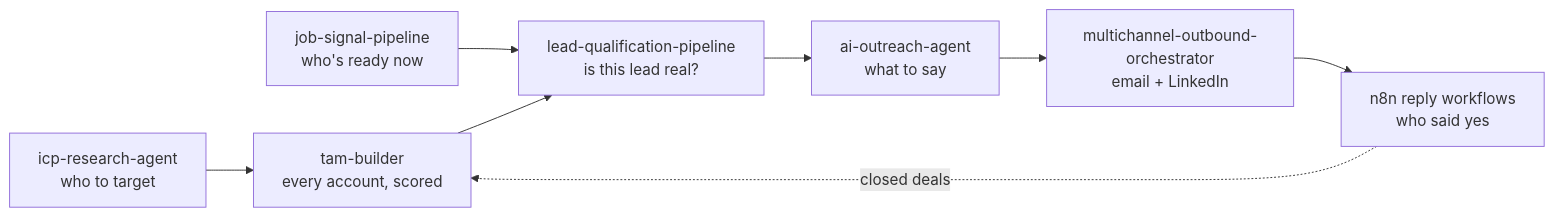
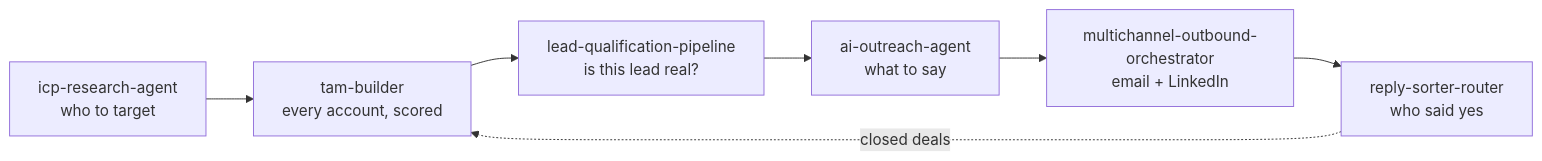
One commit to zinkwonri-kayinu/zinkwonri-kayinu changed the diagram in README.md. Above: the diagram before and after it, drawn with Mermaid. The commit also changed other lines of this file, not shown here.

Commit message:
Update systems table and pipeline diagram

````diff
--- a/README.md
+++ b/README.md
@@ -31,10 +31,9 @@
 ```mermaid
 flowchart LR
     A[icp-research-agent<br/>who to target] --> B[tam-builder<br/>every account, scored]
-    S[job-signal-pipeline<br/>who's ready now] --> C
     B --> C[lead-qualification-pipeline<br/>is this lead real?]
     C --> D[ai-outreach-agent<br/>what to say]
     D --> E[multichannel-outbound-orchestrator<br/>email + LinkedIn]
-    E --> F[n8n reply workflows<br/>who said yes]
+    E --> F[reply-sorter-router<br/>who said yes]
     F -. closed deals .-> B
 ```
````
